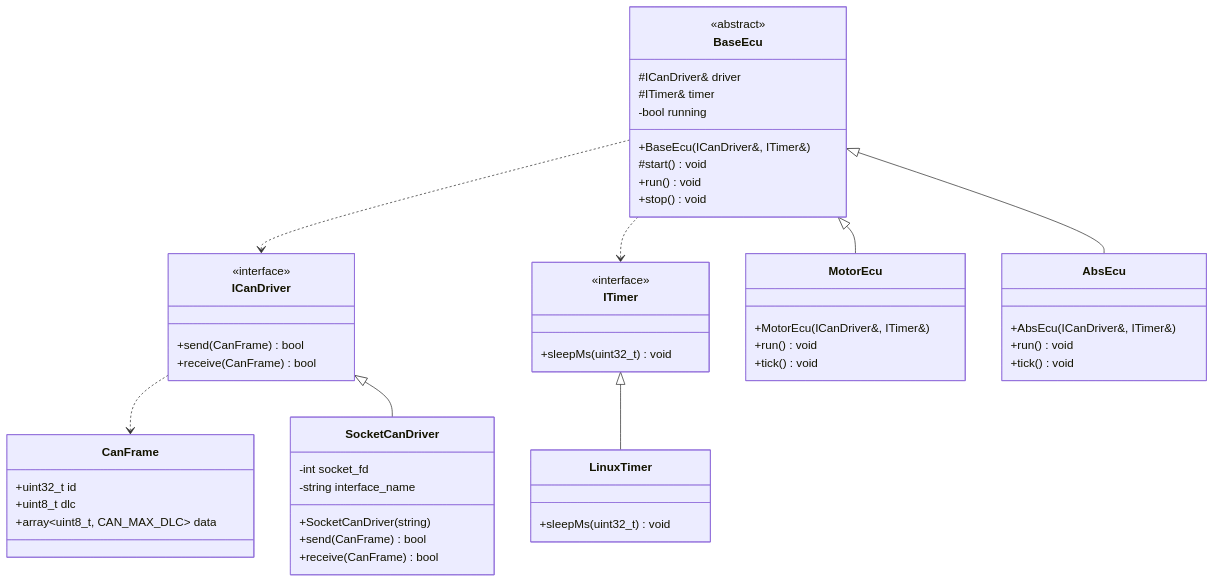
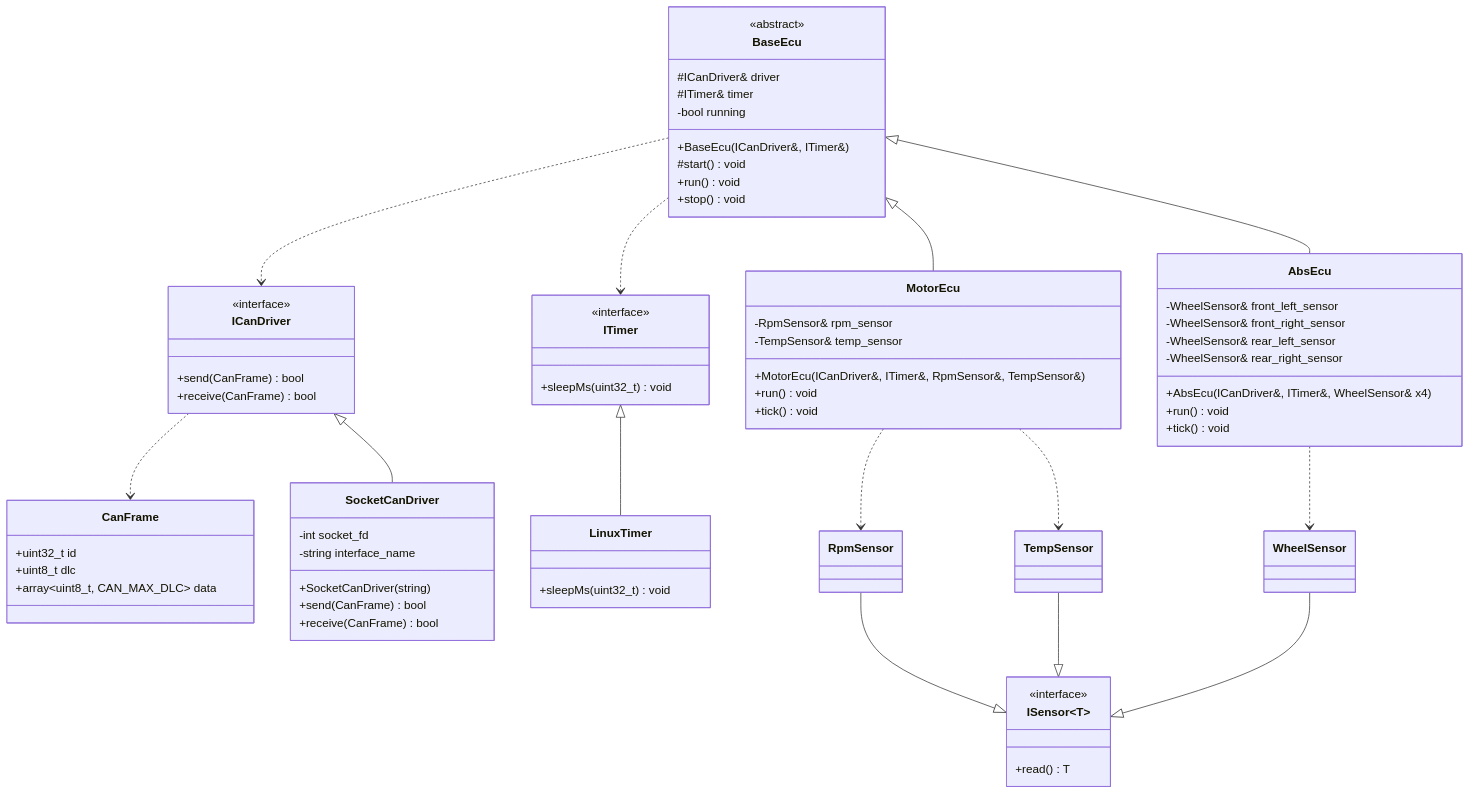
One commit to brahimab8/vcan-sim changed the diagram in docs/architecture.md. Above: the diagram before and after it, drawn with Mermaid. The commit also changed other lines of this file and 2 other files, not shown here.

Commit message:
docs: document sensor abstraction and platform layer architecture

````diff
--- a/docs/architecture.md
+++ b/docs/architecture.md
@@ -18,62 +20,81 @@
 ```mermaid
 classDiagram
     class CanFrame {
         +uint32_t id
         +uint8_t dlc
         +array~uint8_t, CAN_MAX_DLC~ data
     }
 
     class ICanDriver {
         <<interface>>
         +send(CanFrame) bool
         +receive(CanFrame) bool
     }
 
     class SocketCanDriver {
         -int socket_fd
         -string interface_name
         +SocketCanDriver(string)
         +send(CanFrame) bool
         +receive(CanFrame) bool
     }
 
     class ITimer {
         <<interface>>
         +sleepMs(uint32_t) void
     }
 
     class LinuxTimer {
         +sleepMs(uint32_t) void
     }
 
+    class ISensor~T~ {
+        <<interface>>
+        +read() T
+    }
+
     class BaseEcu {
         <<abstract>>
         #ICanDriver& driver
         #ITimer& timer
         -bool running
         +BaseEcu(ICanDriver&, ITimer&)
         #start() void
         +run() void
         +stop() void
     }
 
     class MotorEcu {
-        +MotorEcu(ICanDriver&, ITimer&)
+        -RpmSensor& rpm_sensor
+        -TempSensor& temp_sensor
+        +MotorEcu(ICanDriver&, ITimer&, RpmSensor&, TempSensor&)
         +run() void
         +tick() void
     }
 
     class AbsEcu {
-        +AbsEcu(ICanDriver&, ITimer&)
+        -WheelSensor& front_left_sensor
+        -WheelSensor& front_right_sensor
+        -WheelSensor& rear_left_sensor
+        -WheelSensor& rear_right_sensor
+        +AbsEcu(ICanDriver&, ITimer&, WheelSensor& x4)
         +run() void
         +tick() void
     }
 
     ICanDriver ..> CanFrame
     ICanDriver <|-- SocketCanDriver
     ITimer <|-- LinuxTimer
+
+    RpmSensor --|> ISensor
+    TempSensor --|> ISensor
+    WheelSensor --|> ISensor
+    
     BaseEcu <|-- MotorEcu
     BaseEcu <|-- AbsEcu
     BaseEcu ..> ICanDriver
     BaseEcu ..> ITimer
+    MotorEcu ..> RpmSensor
+    MotorEcu ..> TempSensor
+    AbsEcu ..> WheelSensor
 ```
````
